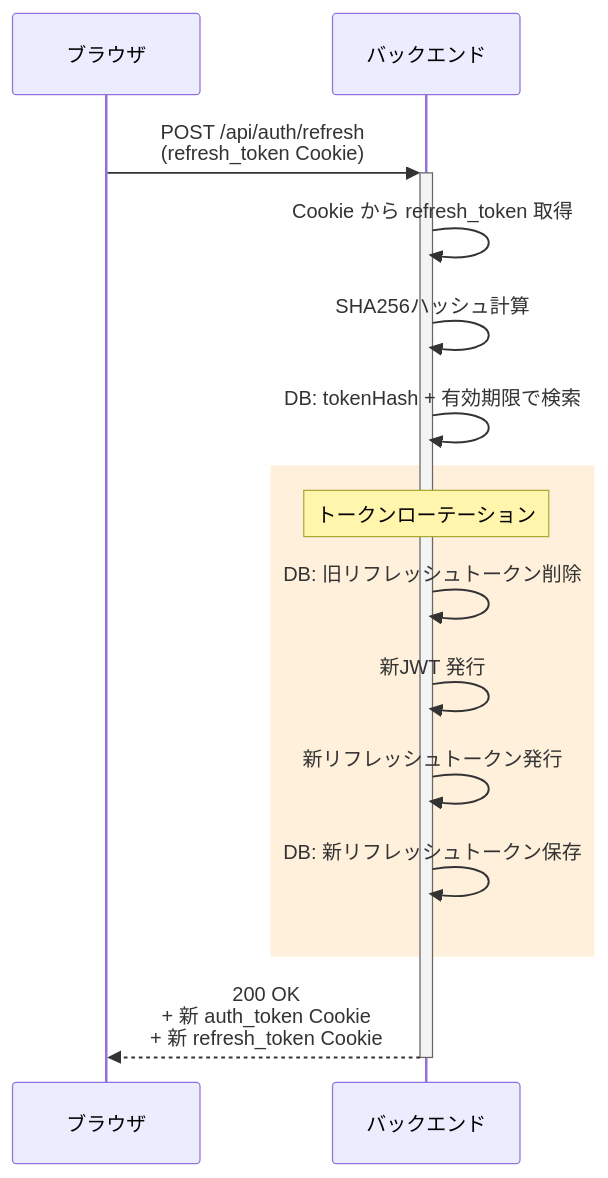
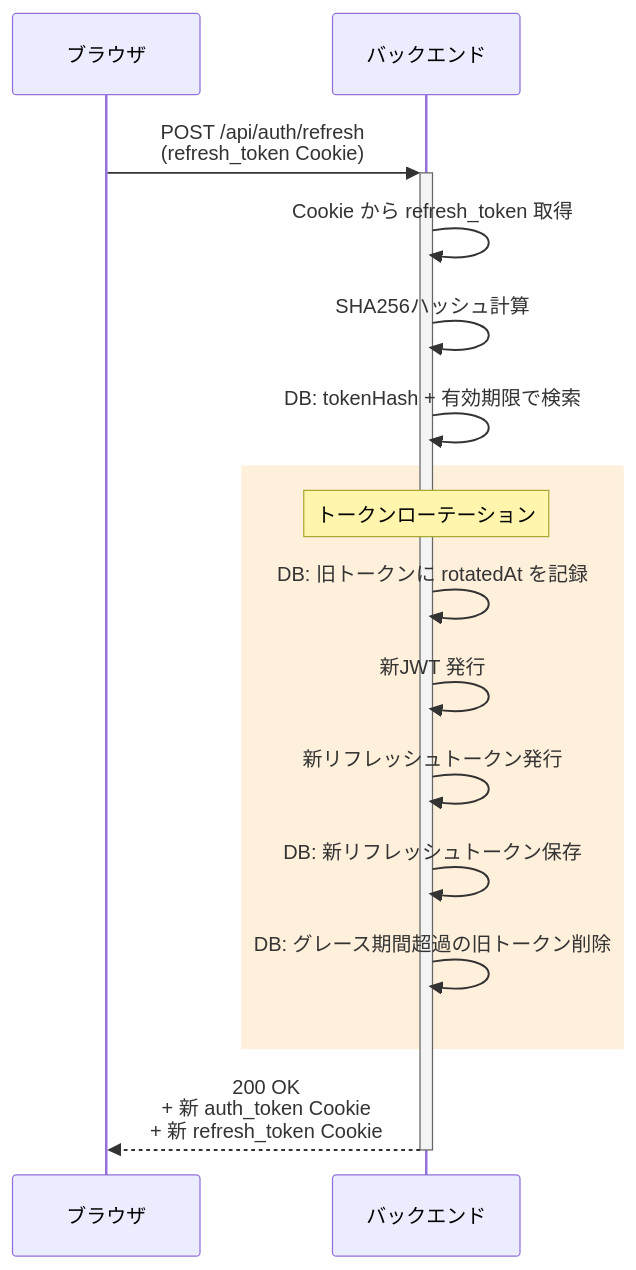
Before and after one commit to numazu-umineco/article-supporter: the second of 3 diagrams in docs/authentication-flow.md, drawn with Mermaid. The commit also changed other lines of this file and 5 other files, not shown here.

````diff
--- a/docs/authentication-flow.md
+++ b/docs/authentication-flow.md
@@ -91,20 +91,21 @@
 ```mermaid
 sequenceDiagram
     participant B as ブラウザ
     participant BE as バックエンド
 
     B->>+BE: POST /api/auth/refresh<br/>(refresh_token Cookie)
     BE->>BE: Cookie から refresh_token 取得
     BE->>BE: SHA256ハッシュ計算
     BE->>BE: DB: tokenHash + 有効期限で検索
 
     rect rgb(255, 240, 220)
         Note over BE: トークンローテーション
-        BE->>BE: DB: 旧リフレッシュトークン削除
+        BE->>BE: DB: 旧トークンに rotatedAt を記録
         BE->>BE: 新JWT 発行
         BE->>BE: 新リフレッシュトークン発行
         BE->>BE: DB: 新リフレッシュトークン保存
+        BE->>BE: DB: グレース期間超過の旧トークン削除
     end
 
     BE-->>-B: 200 OK<br/>+ 新 auth_token Cookie<br/>+ 新 refresh_token Cookie
 ```
````
